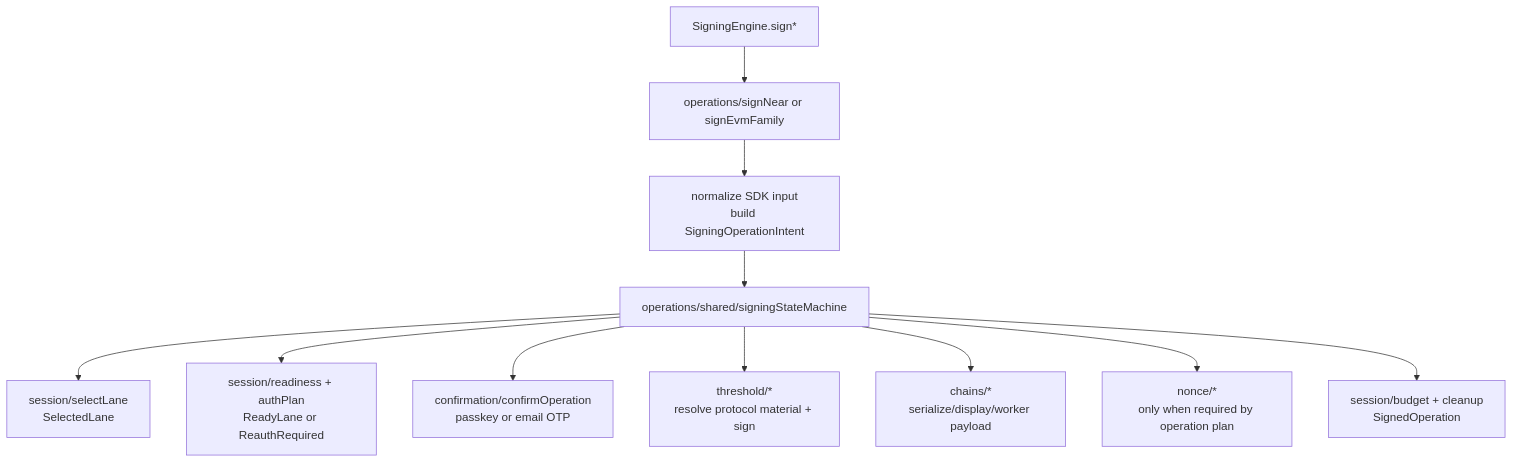
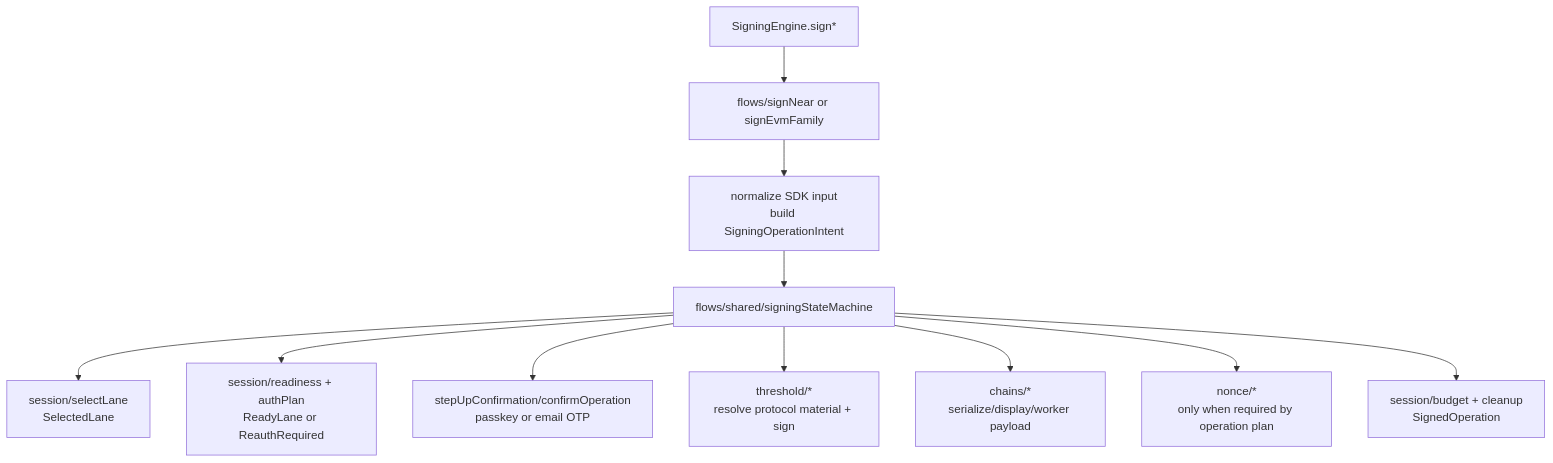
Before and after one commit to seams-tech/seams-sdk: the sixth of 9 diagrams in docs/refactor-33.md, drawn with Mermaid. The commit also changed other lines of this file and 655 other files, not shown here.

Commit message:
refactor signing engine architecture

````diff
--- a/docs/refactor-33.md
+++ b/docs/refactor-33.md
@@ -709,14 +752,14 @@
 ```mermaid
 flowchart TD
-  SDK["SigningEngine.sign*"] --> ENTRY["operations/signNear or signEvmFamily"]
+  SDK["SigningEngine.sign*"] --> ENTRY["flows/signNear or signEvmFamily"]
   ENTRY --> INTENT["normalize SDK input\nbuild SigningOperationIntent"]
-  INTENT --> MACHINE["operations/shared/signingStateMachine"]
+  INTENT --> MACHINE["flows/shared/signingStateMachine"]
 
   MACHINE --> SELECT["session/selectLane\nSelectedLane"]
   MACHINE --> READY["session/readiness + authPlan\nReadyLane or ReauthRequired"]
-  MACHINE --> CONFIRM["confirmation/confirmOperation\npasskey or email OTP"]
+  MACHINE --> CONFIRM["stepUpConfirmation/confirmOperation\npasskey or email OTP"]
   MACHINE --> THRESHOLD["threshold/*\nresolve protocol material + sign"]
   MACHINE --> CHAIN["chains/*\nserialize/display/worker payload"]
   MACHINE --> NONCE["nonce/*\nonly when required by operation plan"]
   MACHINE --> FINALIZE["session/budget + cleanup\nSignedOperation"]
 ```
````
